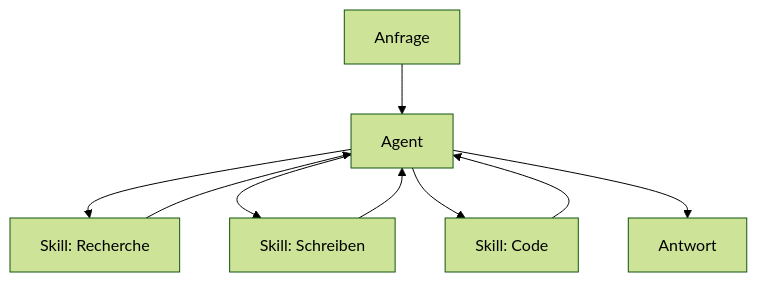
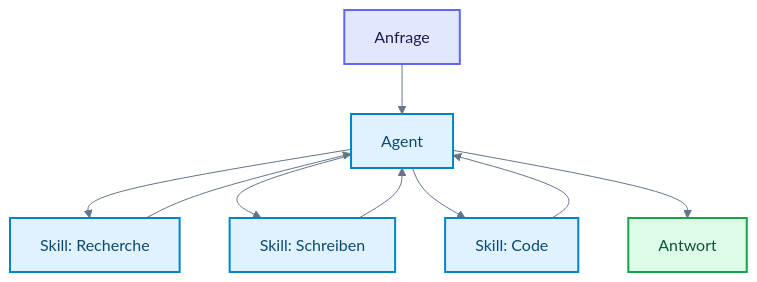
Before and after one commit to ralf-42/GenAI: the fifth of 12 diagrams in docs/08-agenten/agent-architekturen.md, drawn with Mermaid. The commit also changed other lines of this file and 25 other files, not shown here.

````diff
--- a/docs/08-agenten/agent-architekturen.md
+++ b/docs/08-agenten/agent-architekturen.md
@@ -191,12 +269,35 @@
 ```mermaid
-%%{init: {'theme':'forest'}}%%
+---
+config:
+  theme: base
+  look: classic
+  themeVariables:
+    primaryColor: '#e0f2fe'
+    primaryBorderColor: '#0284c7'
+    primaryTextColor: '#1e293b'
+    lineColor: '#64748b'
+    clusterBkg: '#f8fafc'
+    clusterBorder: '#cbd5e1'
+    noteBkgColor: '#fef3c7'
+    noteBorderColor: '#d97706'
+    noteTextColor: '#78350f'
+    edgeLabelBackground: '#ffffff'
+---
+
 flowchart TD
     A[Anfrage] --> AG[Agent]
     AG --> S1[Skill: Recherche]
     AG --> S2[Skill: Schreiben]
     AG --> S3[Skill: Code]
     S1 --> AG
     S2 --> AG
     S3 --> AG
     AG --> E[Antwort]
+
+%% Funktionsfarben nach Mermaid_Best_Practices.md
+classDef default fill:#e0f2fe,stroke:#0284c7,stroke-width:2px,color:#0c4a6e;
+classDef input fill:#e0e7ff,stroke:#6366f1,stroke-width:2px,color:#1e1b4b;
+classDef output fill:#dcfce7,stroke:#16a34a,stroke-width:2px,color:#14532d;
+class A input;
+class E output;
 ```
````
